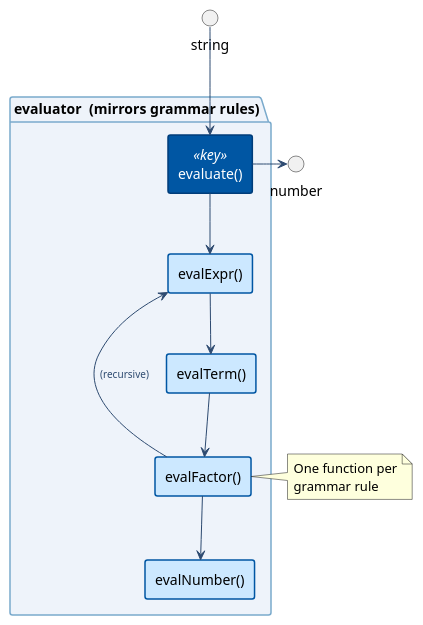
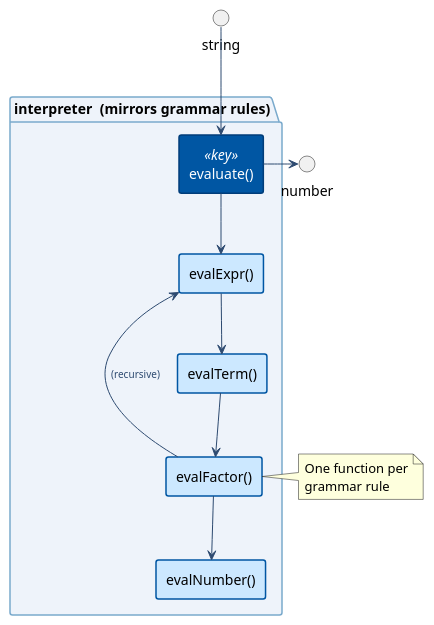
The diagram in docs-site/src/diagrams/pattern-evaluator.puml (ConfiguredThings/RDP.js), drawn with PlantUML before and after one commit. The commit also changed 8 other files, not shown here.

```diff
--- a/docs-site/src/diagrams/pattern-evaluator.puml
+++ b/docs-site/src/diagrams/pattern-evaluator.puml
@@ -1,47 +1,47 @@
 @startuml pattern-evaluator
 skinparam componentStyle rectangle
 skinparam defaultFontName monospace
 skinparam ArrowColor #2d4a70
 skinparam ArrowFontColor #2d4a70
 skinparam ArrowFontSize 10
 skinparam ComponentBorderColor #0056A3
 skinparam ComponentBorderThickness 1.5
 skinparam ComponentBackgroundColor #cce8ff
 skinparam PackageBorderColor #7aaacc
 skinparam PackageBorderThickness 1.5
 skinparam BackgroundColor transparent
 
 skinparam component<<key>> {
   BackgroundColor #0056A3
   FontColor white
   BorderColor #003d7a
 }
 
 top to bottom direction
 
 () " string " as input
 () " number " as output
 
-package "evaluator  (mirrors grammar rules)" #eef3fa {
+package "interpreter  (mirrors grammar rules)" #eef3fa {
   component "evaluate()" <<key>> as evaluate
   component "evalExpr()" as evalExpr
   component "evalTerm()" as evalTerm
   component "evalFactor()" as evalFactor
   component "evalNumber()" as evalNumber
 
   evaluate -down-> evalExpr
   evalExpr -down-> evalTerm
   evalTerm -down-> evalFactor
   evalFactor -down-> evalNumber
   evalFactor -left-> evalExpr : (recursive)
 }
 
 input -down-> evaluate
 evaluate -right-> output
 
 note right of evalFactor
   One function per
   grammar rule
 end note
 
 @enduml
```
